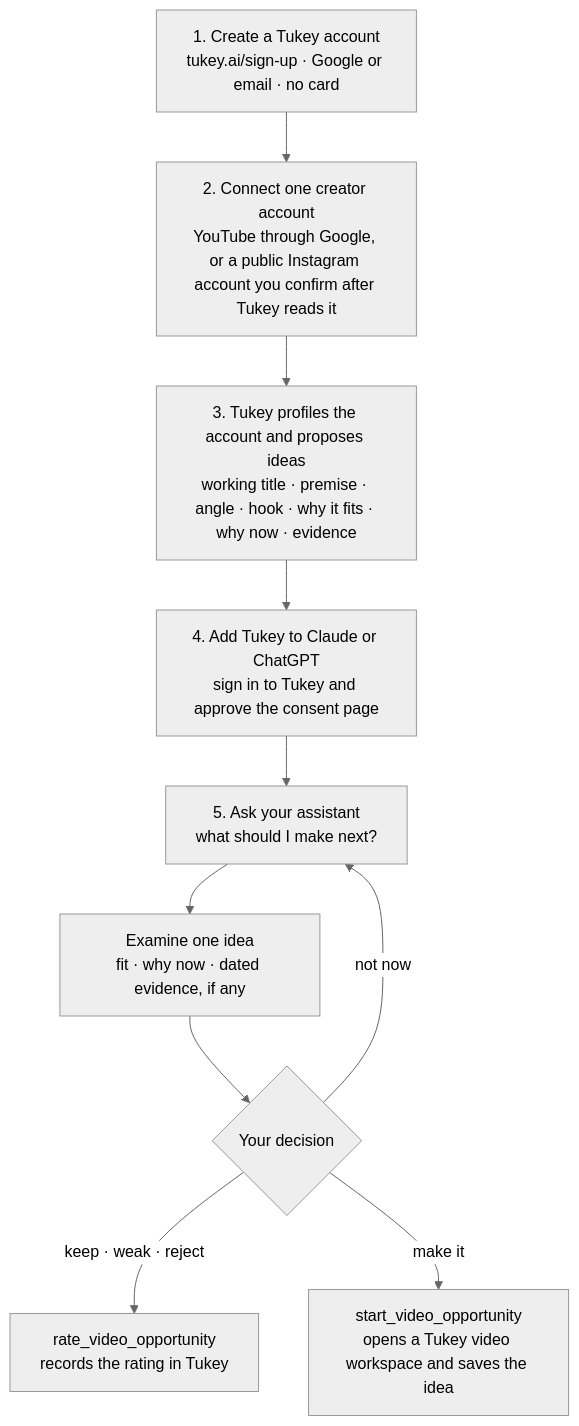
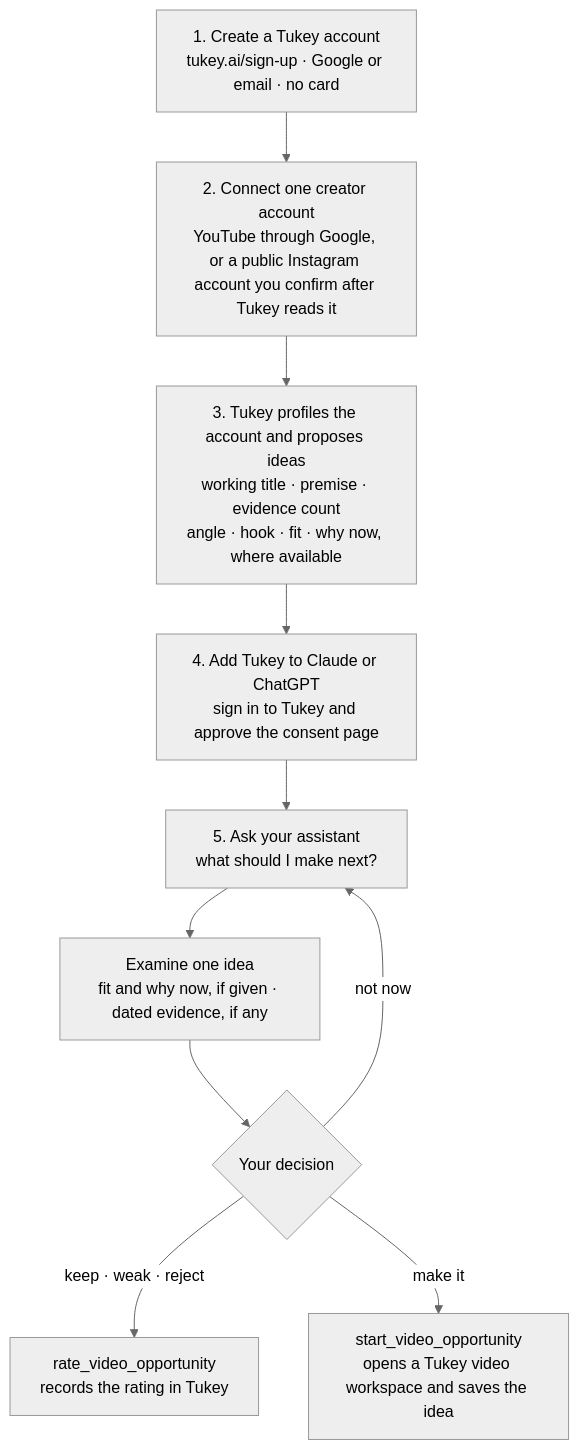
One commit to ejzhang101/tukey-mcp changed the diagram in README.md. Above: the diagram before and after it, drawn with Mermaid (neutral theme). The commit also changed other lines of this file, not shown here.

````diff
--- a/README.md
+++ b/README.md
@@ -36,12 +46,12 @@
 ```mermaid
 flowchart TD
     A["1. Create a Tukey account<br/>tukey.ai/sign-up · Google or email · no card"] --> B["2. Connect one creator account<br/>YouTube through Google, or a public Instagram account you confirm after Tukey reads it"]
-    B --> C["3. Tukey profiles the account and proposes ideas<br/>working title · premise · angle · hook · why it fits · why now · evidence"]
+    B --> C["3. Tukey profiles the account and proposes ideas<br/>working title · premise · evidence count<br/>angle · hook · fit · why now, where available"]
     C --> D["4. Add Tukey to Claude or ChatGPT<br/>sign in to Tukey and approve the consent page"]
     D --> E["5. Ask your assistant<br/>what should I make next?"]
-    E --> F["Examine one idea<br/>fit · why now · dated evidence, if any"]
+    E --> F["Examine one idea<br/>fit and why now, if given · dated evidence, if any"]
     F --> G{"Your decision"}
     G -->|"keep · weak · reject"| H["rate_video_opportunity<br/>records the rating in Tukey"]
     G -->|"make it"| I["start_video_opportunity<br/>opens a Tukey video workspace and saves the idea"]
     G -->|"not now"| E
 ```
````
